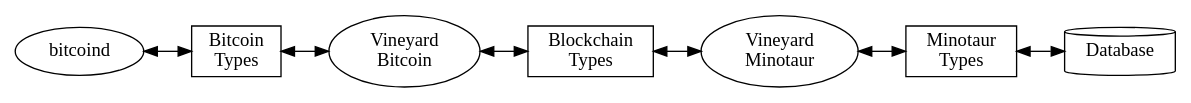
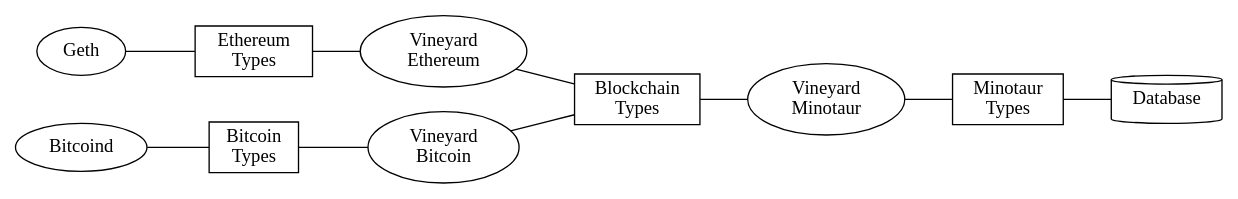
Before and after one commit to vineyard-bloom/vineyard-minotaur: the diagram in src/doc/diagrams/data-type-pipeline.gv, drawn with Graphviz. The commit also changed 1 other file, not shown here.

Commit message:
Added ethereum to the data types diagram.

```diff
--- a/src/doc/diagrams/data-type-pipeline.gv
+++ b/src/doc/diagrams/data-type-pipeline.gv
@@ -1,13 +1,20 @@
 digraph G {
   rankdir="LR";
   "Bitcoin\nTypes" [shape=box];
+  "Ethereum\nTypes" [shape=box];
   "Blockchain\nTypes" [shape=box];
   "Minotaur\nTypes" [shape=box];
   Database [shape=cylinder]
-  bitcoind -> "Bitcoin\nTypes" [dir=both]
-  "Bitcoin\nTypes" -> "Vineyard\nBitcoin" [dir=both]
-  "Vineyard\nBitcoin" -> "Blockchain\nTypes" [dir=both]
-  "Blockchain\nTypes" -> "Vineyard\nMinotaur" [dir=both]
-  "Vineyard\nMinotaur" -> "Minotaur\nTypes" [dir=both]
-  "Minotaur\nTypes" -> Database [dir=both]
+
+  Bitcoind -> "Bitcoin\nTypes" [arrowhead=none]
+  "Bitcoin\nTypes" -> "Vineyard\nBitcoin" [arrowhead=none]
+  "Vineyard\nBitcoin" -> "Blockchain\nTypes" [arrowhead=none]
+
+  Geth -> "Ethereum\nTypes" [arrowhead=none]
+  "Ethereum\nTypes" -> "Vineyard\nEthereum" [arrowhead=none]
+  "Vineyard\nEthereum" -> "Blockchain\nTypes" [arrowhead=none]
+
+  "Blockchain\nTypes" -> "Vineyard\nMinotaur" [arrowhead=none]
+  "Vineyard\nMinotaur" -> "Minotaur\nTypes" [arrowhead=none]
+  "Minotaur\nTypes" -> Database [arrowhead=none]
 }
```
